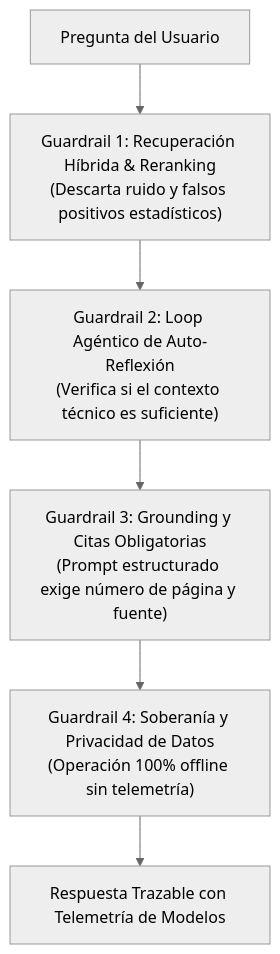
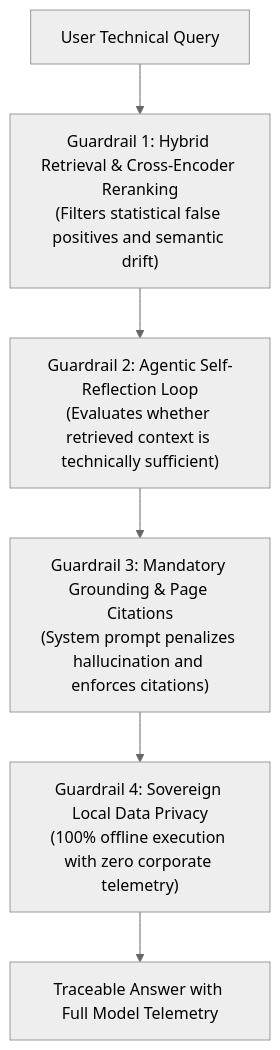
Before and after one commit to villadalmine/rag-tutor: the diagram in AI_DISCLOSURE_AND_GUARDRAILS.md, drawn with Mermaid (neutral theme). The commit also changed other lines of this file and 5 other files, not shown here.

````diff
--- a/AI_DISCLOSURE_AND_GUARDRAILS.md
+++ b/AI_DISCLOSURE_AND_GUARDRAILS.md
@@ -24,8 +24,8 @@
 ```mermaid
 flowchart TD
-    Q["Pregunta del Usuario"] --> G1["Guardrail 1: Recuperación Híbrida & Reranking\n(Descarta ruido y falsos positivos estadísticos)"]
-    G1 --> G2["Guardrail 2: Loop Agéntico de Auto-Reflexión\n(Verifica si el contexto técnico es suficiente)"]
-    G2 --> G3["Guardrail 3: Grounding y Citas Obligatorias\n(Prompt estructurado exige número de página y fuente)"]
-    G3 --> G4["Guardrail 4: Soberanía y Privacidad de Datos\n(Operación 100% offline sin telemetría)"]
-    G4 --> R["Respuesta Trazable con Telemetría de Modelos"]
+    Q["User Technical Query"] --> G1["Guardrail 1: Hybrid Retrieval & Cross-Encoder Reranking\n(Filters statistical false positives and semantic drift)"]
+    G1 --> G2["Guardrail 2: Agentic Self-Reflection Loop\n(Evaluates whether retrieved context is technically sufficient)"]
+    G2 --> G3["Guardrail 3: Mandatory Grounding & Page Citations\n(System prompt penalizes hallucination and enforces citations)"]
+    G3 --> G4["Guardrail 4: Sovereign Local Data Privacy\n(100% offline execution with zero corporate telemetry)"]
+    G4 --> R["Traceable Answer with Full Model Telemetry"]
 ```
````
